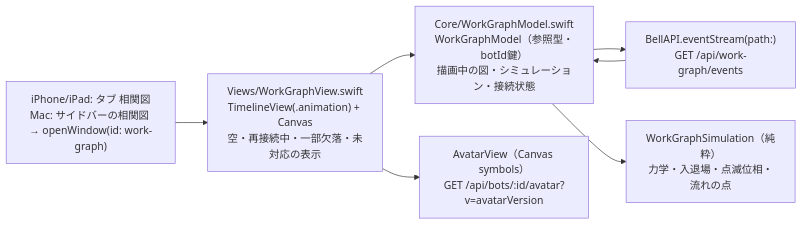
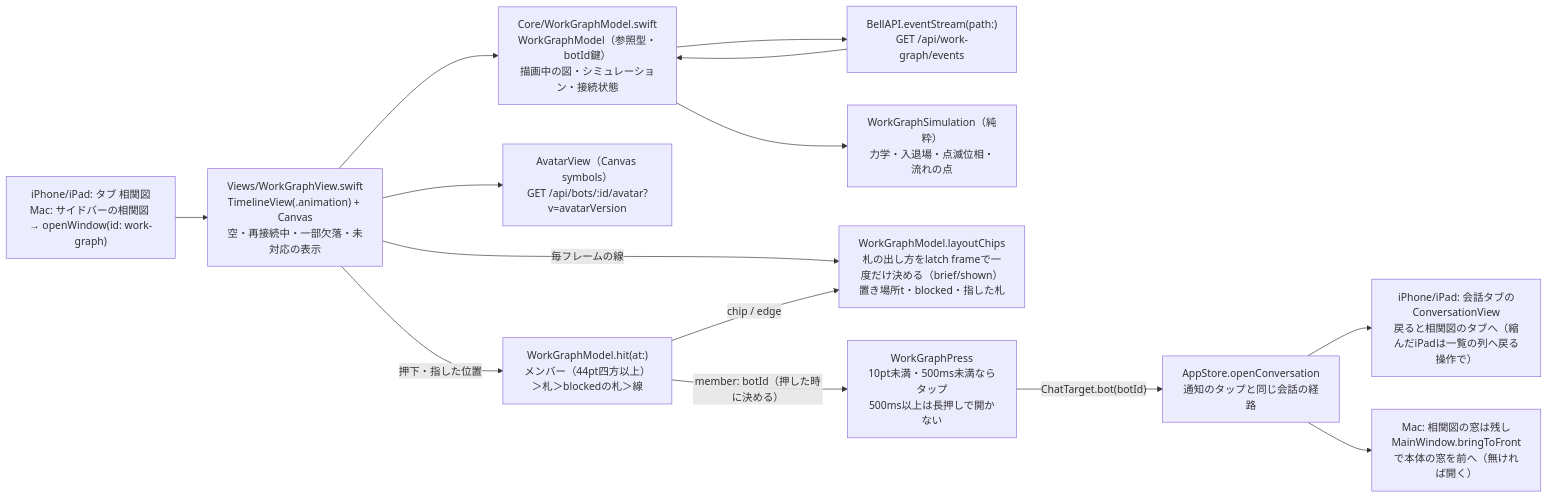
Before and after one commit to kitepon/BellTeam: the diagram in docs/architecture/modules/apple/work-graph.md, drawn with Mermaid. The commit also changed other lines of this file and 11 other files, not shown here.

First line of the commit message:
Apple work graph: tap a member to open their chat; chips decided once per edge

````diff
--- a/docs/architecture/modules/apple/work-graph.md
+++ b/docs/architecture/modules/apple/work-graph.md
@@ -7,9 +7,16 @@
 ```mermaid
 flowchart LR
   Nav["iPhone/iPad: タブ 相関図<br/>Mac: サイドバーの相関図 → openWindow(id: work-graph)"] --> View["Views/WorkGraphView.swift<br/>TimelineView(.animation) + Canvas<br/>空・再接続中・一部欠落・未対応の表示"]
   View --> Model["Core/WorkGraphModel.swift<br/>WorkGraphModel（参照型・botId鍵）<br/>描画中の図・シミュレーション・接続状態"]
   Model --> Stream["BellAPI.eventStream(path:)<br/>GET /api/work-graph/events"]
   Stream --> Model
   Model --> Sim["WorkGraphSimulation（純粋）<br/>力学・入退場・点滅位相・流れの点"]
   View --> Avatar["AvatarView（Canvas symbols）<br/>GET /api/bots/:id/avatar?v=avatarVersion"]
+  View -->|"毎フレームの線"| Chips["WorkGraphModel.layoutChips<br/>札の出し方をlatch frameで一度だけ決める（brief/shown）<br/>置き場所t・blocked・指した札"]
+  View -->|"押下・指した位置"| Hit["WorkGraphModel.hit(at:)<br/>メンバー（44pt四方以上）＞札＞blockedの札＞線"]
+  Hit -->|"member: botId（押した時に決める）"| Press["WorkGraphPress<br/>10pt未満・500ms未満ならタップ<br/>500ms以上は長押しで開かない"]
+  Hit -->|"chip / edge"| Chips
+  Press -->|"ChatTarget.bot(botId)"| Route["AppStore.openConversation<br/>通知のタップと同じ会話の経路"]
+  Route --> Chat["iPhone/iPad: 会話タブのConversationView<br/>戻ると相関図のタブへ（縮んだiPadは一覧の列へ戻る操作で）"]
+  Route --> Main["Mac: 相関図の窓は残し<br/>MainWindow.bringToFrontで本体の窓を前へ（無ければ開く）"]
 ```
````
